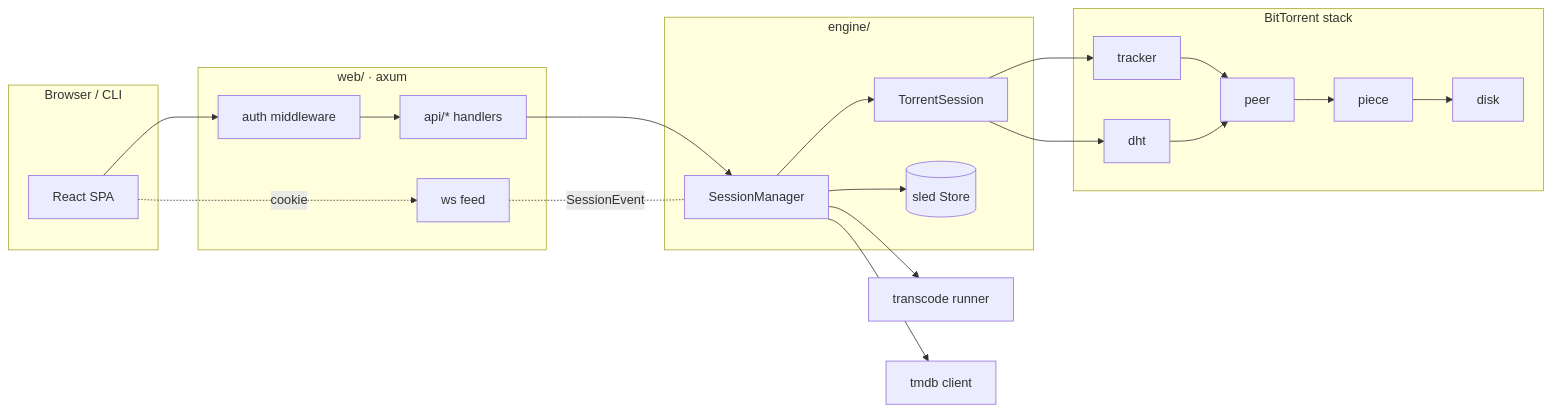
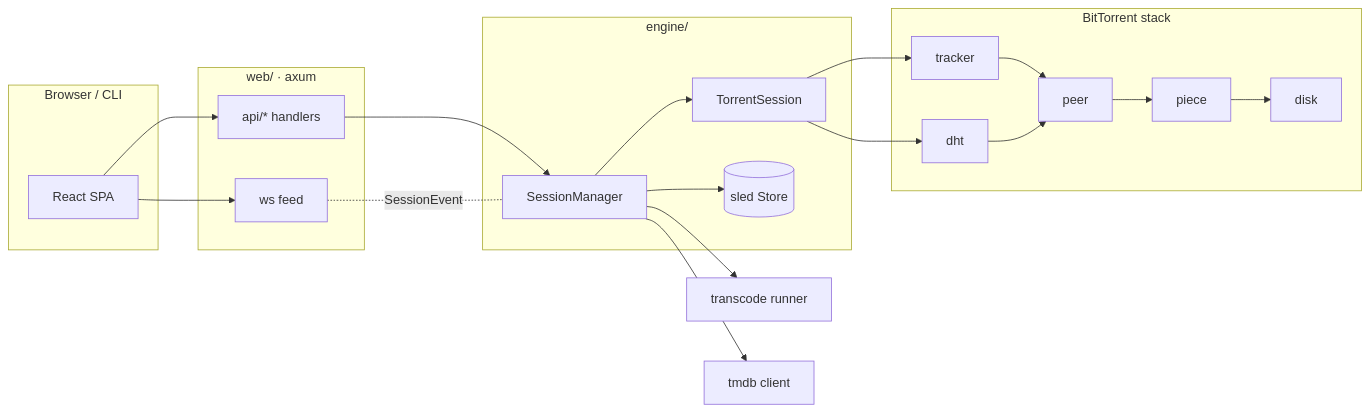
Before and after one commit to sahays/moviehouse: the diagram in docs/diagrams/README.md, drawn with Mermaid. The commit also changed other lines of this file and 41 other files, not shown here.

````diff
--- a/docs/diagrams/README.md
+++ b/docs/diagrams/README.md
@@ -18,34 +17,33 @@
 ```mermaid
 flowchart LR
   subgraph client[Browser / CLI]
     UI[React SPA]
   end
   subgraph web[web/ · axum]
-    AUTH[auth middleware]
     API[api/* handlers]
     WS[ws feed]
   end
   subgraph engine[engine/]
     MGR[SessionManager]
     SESS[TorrentSession]
     STORE[(sled Store)]
   end
   subgraph bt[BitTorrent stack]
     TRK[tracker]
     DHT[dht]
     PEER[peer]
     PIECE[piece]
     DISK[disk]
   end
   TC[transcode runner]
   TMDB[tmdb client]
 
-  UI --> AUTH --> API
-  UI -. cookie .-> WS
+  UI --> API
+  UI --> WS
   API --> MGR --> SESS
   SESS --> TRK & DHT --> PEER --> PIECE --> DISK
   MGR --> STORE
   MGR --> TC
   MGR --> TMDB
   WS -. SessionEvent .- MGR
 ```
````
